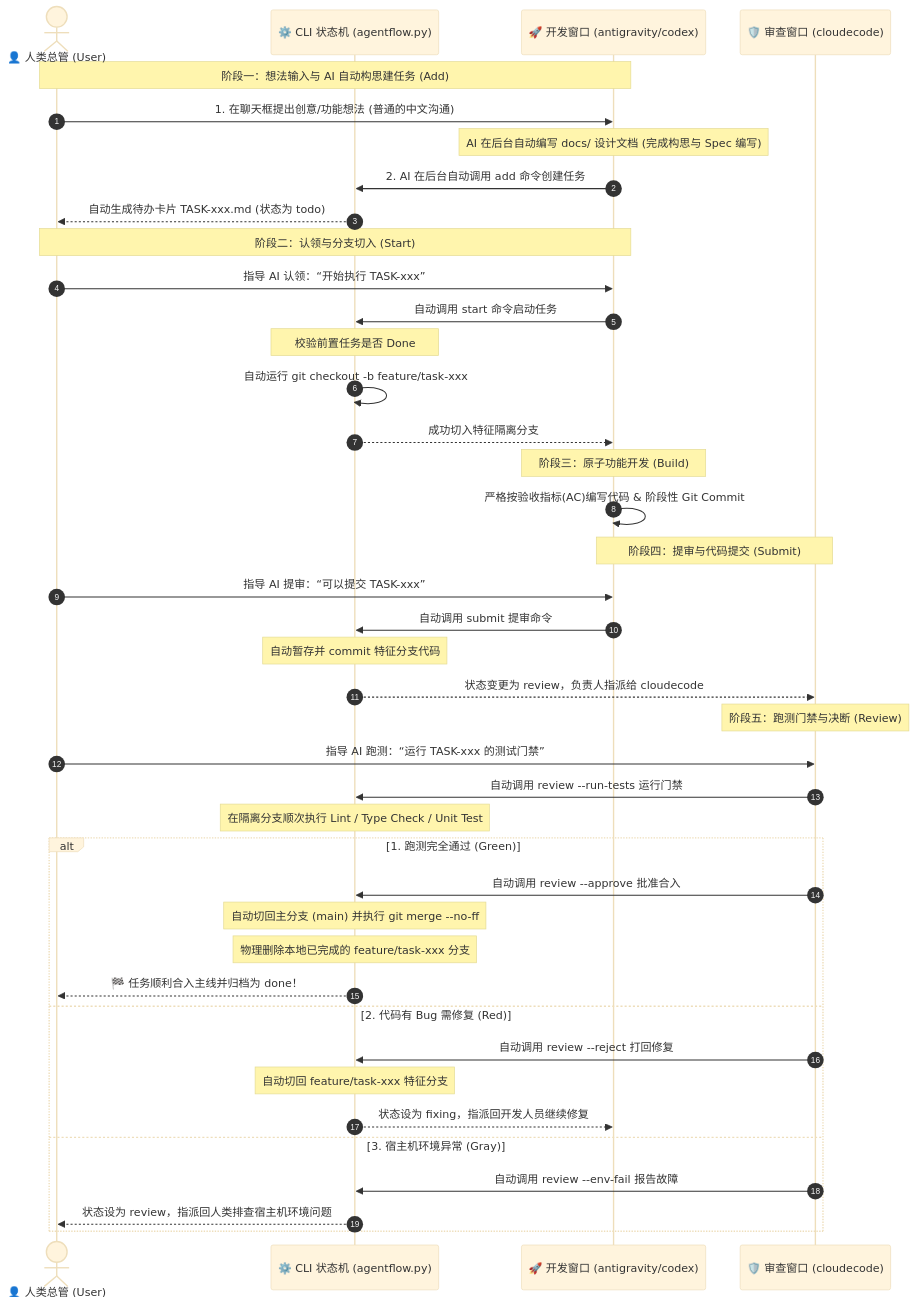
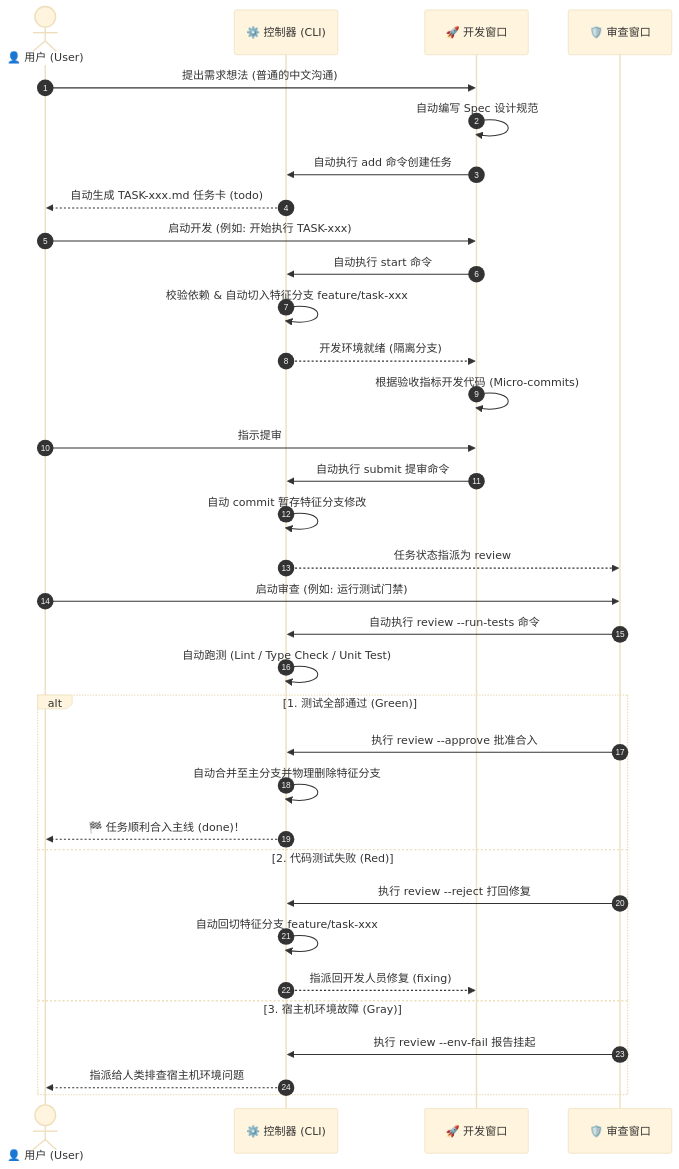
The second of 3 diagrams in README.md (NanQiaoMi/agentskillproject), drawn with Mermaid (base theme) before and after one commit.

Commit message:
style: remove heavy note boxes from sequence diagram for cleaner look

````diff
--- a/README.md
+++ b/README.md
@@ -83,49 +83,45 @@
 ```mermaid
 sequenceDiagram
     autonumber
-    actor User as 👤 人类总管 (User)
-    participant CLI as ⚙️ CLI 状态机 (agentflow.py)
-    participant Dev as 🚀 开发窗口 (antigravity/codex)
-    participant Review as 🛡️ 审查窗口 (cloudecode)
+    actor User as 👤 用户 (User)
+    participant CLI as ⚙️ 控制器 (CLI)
+    participant Dev as 🚀 开发窗口
+    participant Review as 🛡️ 审查窗口
 
-    Note over User, Dev: 阶段一：想法输入与 AI 自动构思建任务 (Add)
-    User->>Dev: 1. 在聊天框提出创意/功能想法 (普通的中文沟通)
-    Note over Dev: AI 在后台自动编写 docs/ 设计文档 (完成构思与 Spec 编写)
-    Dev->>CLI: 2. AI 在后台自动调用 add 命令创建任务
-    CLI-->>User: 自动生成待办卡片 TASK-xxx.md (状态为 todo)
+    %% 阶段一：任务创建
+    User->>Dev: 提出需求想法 (普通的中文沟通)
+    Dev->>Dev: 自动编写 Spec 设计规范
+    Dev->>CLI: 自动执行 add 命令创建任务
+    CLI-->>User: 自动生成 TASK-xxx.md 任务卡 (todo)
 
-    Note over User, Dev: 阶段二：认领与分支切入 (Start)
-    User->>Dev: 指导 AI 认领：“开始执行 TASK-xxx”
-    Dev->>CLI: 自动调用 start 命令启动任务
-    Note over CLI: 校验前置任务是否 Done
-    CLI->>CLI: 自动运行 git checkout -b feature/task-xxx
-    CLI-->>Dev: 成功切入特征隔离分支
+    %% 阶段二：认领启动
+    User->>Dev: 启动开发 (例如: 开始执行 TASK-xxx)
+    Dev->>CLI: 自动执行 start 命令
+    CLI->>CLI: 校验依赖 & 自动切入特征分支 feature/task-xxx
+    CLI-->>Dev: 开发环境就绪 (隔离分支)
 
-    Note over Dev: 阶段三：原子功能开发 (Build)
-    Dev->>Dev: 严格按验收指标(AC)编写代码 & 阶段性 Git Commit
+    %% 阶段三：开发与提审
+    Dev->>Dev: 根据验收指标开发代码 (Micro-commits)
+    User->>Dev: 指示提审
+    Dev->>CLI: 自动执行 submit 提审命令
+    CLI->>CLI: 自动 commit 暂存特征分支修改
+    CLI-->>Review: 任务状态指派为 review
 
-    Note over Dev, Review: 阶段四：提审与代码提交 (Submit)
-    User->>Dev: 指导 AI 提审：“可以提交 TASK-xxx”
-    Dev->>CLI: 自动调用 submit 提审命令
-    Note over CLI: 自动暂存并 commit 特征分支代码
-    CLI-->>Review: 状态变更为 review，负责人指派给 cloudecode
+    %% 阶段四：跑测与合并
+    User->>Review: 启动审查 (例如: 运行测试门禁)
+    Review->>CLI: 自动执行 review --run-tests 命令
+    CLI->>CLI: 自动跑测 (Lint / Type Check / Unit Test)
 
-    Note over Review: 阶段五：跑测门禁与决断 (Review)
-    User->>Review: 指导 AI 跑测：“运行 TASK-xxx 的测试门禁”
-    Review->>CLI: 自动调用 review --run-tests 运行门禁
-    Note over CLI: 在隔离分支顺次执行 Lint / Type Check / Unit Test
-
-    alt 1. 跑测完全通过 (Green)
-        Review->>CLI: 自动调用 review --approve 批准合入
-        Note over CLI: 自动切回主分支 (main) 并执行 git merge --no-ff
-        Note over CLI: 物理删除本地已完成的 feature/task-xxx 分支
-        CLI-->>User: 🏁 任务顺利合入主线并归档为 done！
-    else 2. 代码有 Bug 需修复 (Red)
-        Review->>CLI: 自动调用 review --reject 打回修复
-        Note over CLI: 自动切回 feature/task-xxx 特征分支
-        CLI-->>Dev: 状态设为 fixing，指派回开发人员继续修复
-    else 3. 宿主机环境异常 (Gray)
-        Review->>CLI: 自动调用 review --env-fail 报告故障
-        CLI-->>User: 状态设为 review，指派回人类排查宿主机环境问题
+    alt 1. 测试全部通过 (Green)
+        Review->>CLI: 执行 review --approve 批准合入
+        CLI->>CLI: 自动合并至主分支并物理删除特征分支
+        CLI-->>User: 🏁 任务顺利合入主线 (done)！
+    else 2. 代码测试失败 (Red)
+        Review->>CLI: 执行 review --reject 打回修复
+        CLI->>CLI: 自动回切特征分支 feature/task-xxx
+        CLI-->>Dev: 指派回开发人员修复 (fixing)
+    else 3. 宿主机环境故障 (Gray)
+        Review->>CLI: 执行 review --env-fail 报告挂起
+        CLI-->>User: 指派给人类排查宿主机环境问题
     end
 ```
````
